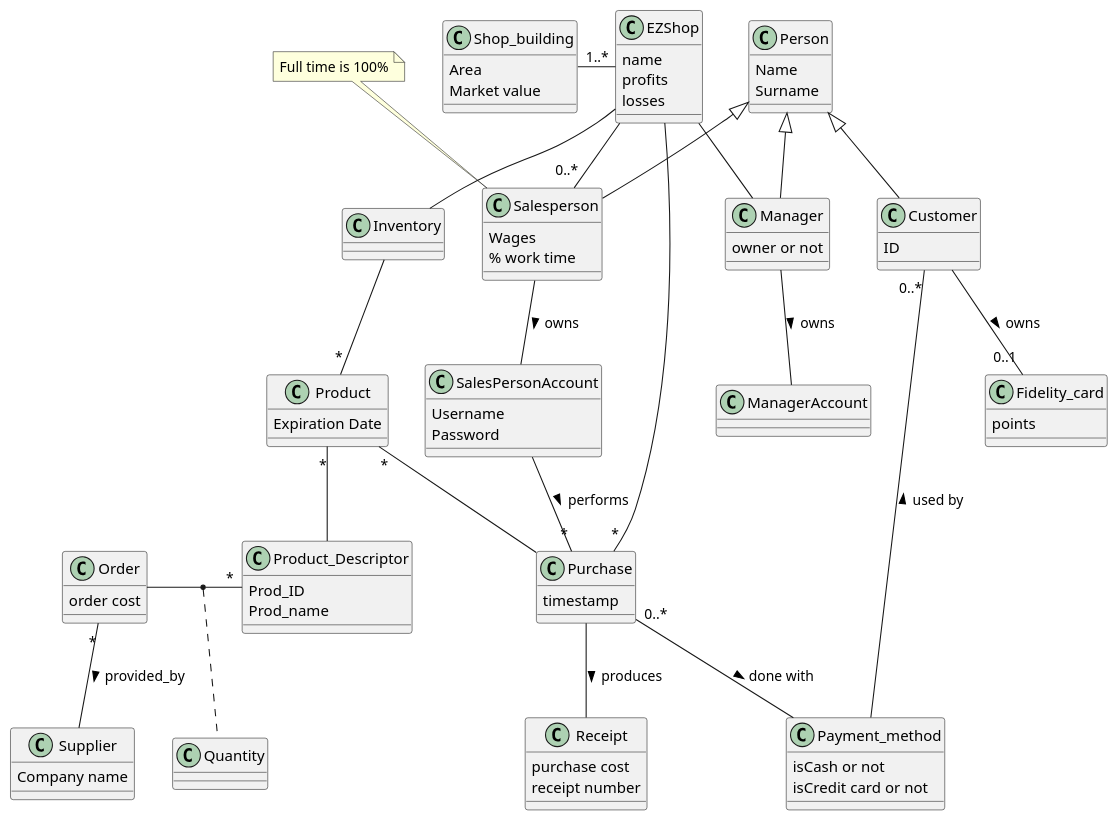
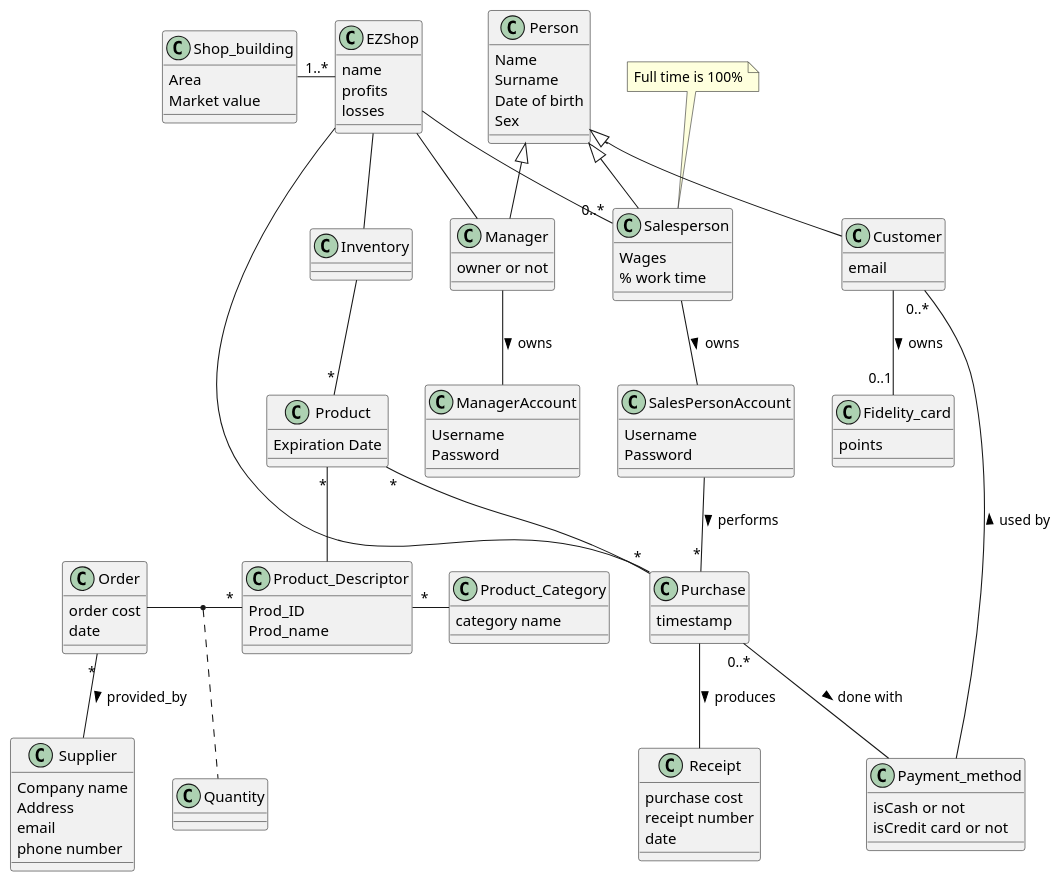
One commit to zitabou/EZShop changed the fourth of 5 diagrams in Deliverables/RequirementsDocument.md. Above: the diagram before and after it, drawn with PlantUML.

Commit message:
Update Class Diagram

```diff
--- a/Deliverables/RequirementsDocument.md
+++ b/Deliverables/RequirementsDocument.md
@@ -783,6 +783,8 @@
 class Person{
  Name
  Surname
+ Date of birth
+ Sex
 }
 class Salesperson {
  Wages
@@ -796,13 +798,19 @@
  owner or not
 }
 class ManagerAccount{
+	Username
+	Password
 }
 class Order{
  order cost
+ date
 }
 
 class Supplier{
  Company name
+ Address
+ email
+ phone number
 }
 class Product{
  Expiration Date
@@ -811,19 +819,23 @@
  Prod_ID
  Prod_name
 }
+class Product_Category{
+	category name
+}
 class Purchase{
  timestamp
 }
 class Receipt{
  purchase cost
  receipt number
+ date
 }
 class Payment_method{
  isCash or not
  isCredit card or not
 }
 class Customer{
- ID
+ email
 }
 class Fidelity_card{
  points
@@ -848,6 +860,7 @@
 Order "*" -- Supplier: > provided_by
 Inventory -- "*" Product
 
+Product_Descriptor "*" -right- Product_Category
 Product "*" -- Product_Descriptor
 Product "*" -- Purchase
 Order - "*" Product_Descriptor
```
